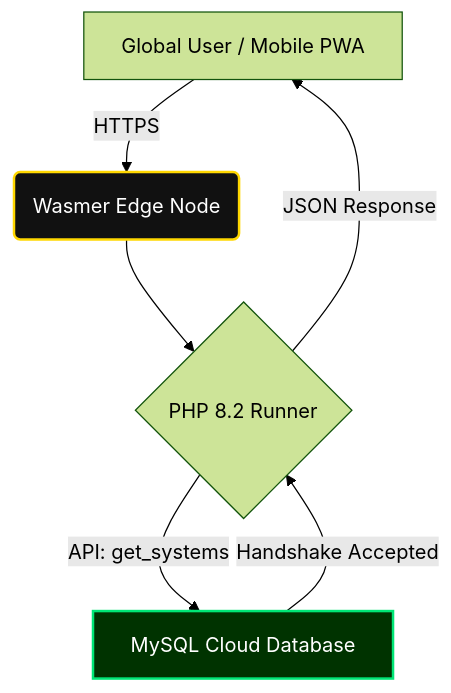
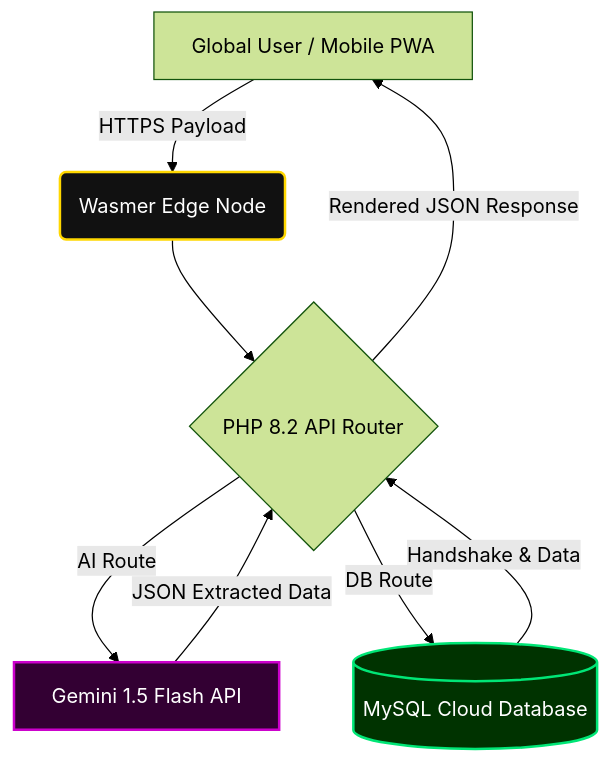
One commit to NimnaOfficial/AnyGPA changed the first of 2 diagrams in README.md. Above: the diagram before and after it, drawn with Mermaid (forest theme). The commit also changed other lines of this file, not shown here.

````diff
--- a/README.md
+++ b/README.md
@@ -30,11 +31,17 @@
 ```mermaid
 graph TD
-    A[Global User / Mobile PWA] -->|HTTPS| B(Wasmer Edge Node)
-    B --> C{PHP 8.2 Runner}
-    C -->|API: get_systems| D[MySQL Cloud Database]
-    D -->|Handshake Accepted| C
-    C -->|JSON Response| A
+    A[Global User / Mobile PWA] -->|HTTPS Payload| B(Wasmer Edge Node)
+    B --> C{PHP 8.2 API Router}
+    
+    C -->|AI Route| E[Gemini 1.5 Flash API]
+    E -->|JSON Extracted Data| C
+    
+    C -->|DB Route| D[(MySQL Cloud Database)]
+    D -->|Handshake & Data| C
+    
+    C -->|Rendered JSON Response| A
     
     style B fill:#111,stroke:#FFD700,stroke-width:2px,color:#fff
     style D fill:#003300,stroke:#00e676,stroke-width:2px,color:#fff
+    style E fill:#330033,stroke:#cc00cc,stroke-width:2px,color:#fff
 ```
````
